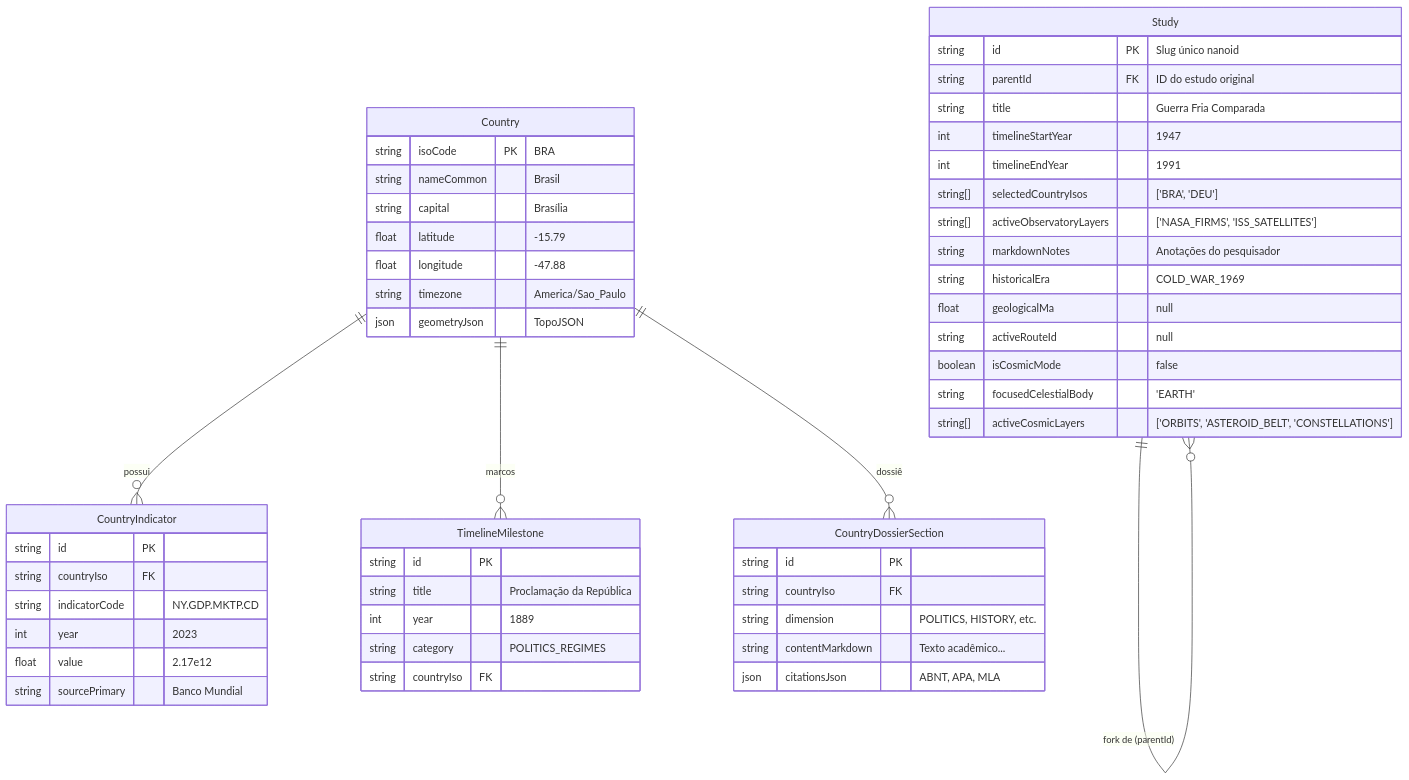
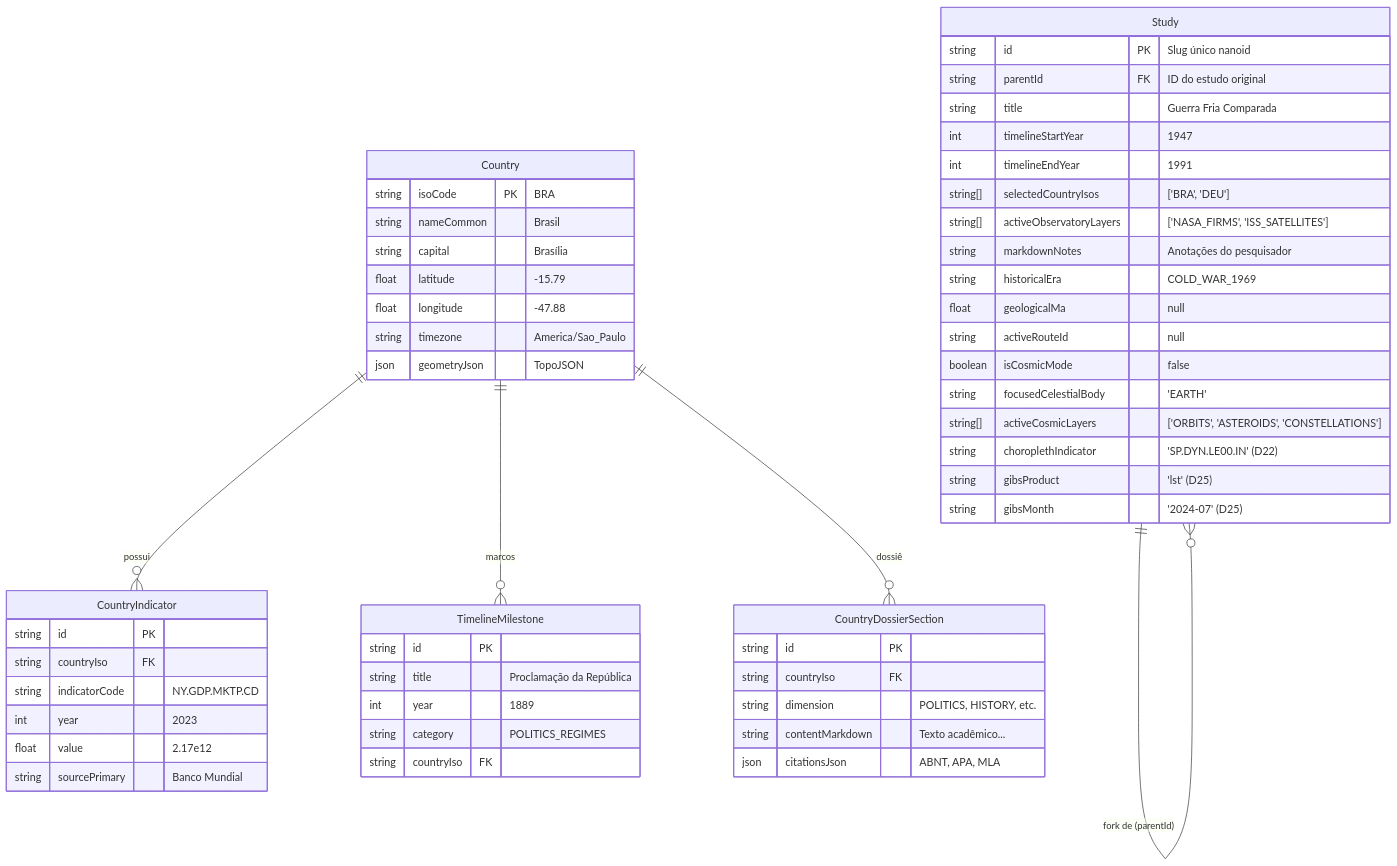
The second of 2 diagrams in docs/ARCHITECTURE.md (AyrtonLoks/telluspedia), drawn with Mermaid before and after one commit. The commit also changed other lines of this file and 5 other files, not shown here.

First line of the commit message:
docs: ROADMAP, ARCHITECTURE, DATA_SOURCES e README alinhados ao código (T37)

````diff
--- a/docs/ARCHITECTURE.md
+++ b/docs/ARCHITECTURE.md
@@ -301,59 +264,62 @@
 ```mermaid
 erDiagram
     Country ||--o{ CountryIndicator : "possui"
     Country ||--o{ TimelineMilestone : "marcos"
     Country ||--o{ CountryDossierSection : "dossiê"
     Study ||--o{ Study : "fork de (parentId)"
 
     Country {
         string isoCode PK "BRA"
         string nameCommon "Brasil"
         string capital "Brasília"
         float latitude "-15.79"
         float longitude "-47.88"
         string timezone "America/Sao_Paulo"
         json geometryJson "TopoJSON"
     }
 
     CountryIndicator {
         string id PK
         string countryIso FK
         string indicatorCode "NY.GDP.MKTP.CD"
         int year "2023"
         float value "2.17e12"
         string sourcePrimary "Banco Mundial"
     }
 
     CountryDossierSection {
         string id PK
         string countryIso FK
         string dimension "POLITICS, HISTORY, etc."
         string contentMarkdown "Texto acadêmico..."
         json citationsJson "ABNT, APA, MLA"
     }
 
     TimelineMilestone {
         string id PK
         string title "Proclamação da República"
         int year "1889"
         string category "POLITICS_REGIMES"
         string countryIso FK
     }
 
     Study {
         string id PK "Slug único nanoid"
         string parentId FK "ID do estudo original"
         string title "Guerra Fria Comparada"
         int timelineStartYear "1947"
         int timelineEndYear "1991"
         string[] selectedCountryIsos "['BRA', 'DEU']"
         string[] activeObservatoryLayers "['NASA_FIRMS', 'ISS_SATELLITES']"
         string markdownNotes "Anotações do pesquisador"
         string historicalEra "COLD_WAR_1969"
         float geologicalMa "null"
         string activeRouteId "null"
         boolean isCosmicMode "false"
         string focusedCelestialBody "'EARTH'"
-        string[] activeCosmicLayers "['ORBITS', 'ASTEROID_BELT', 'CONSTELLATIONS']"
+        string[] activeCosmicLayers "['ORBITS', 'ASTEROIDS', 'CONSTELLATIONS']"
+        string choroplethIndicator "'SP.DYN.LE00.IN' (D22)"
+        string gibsProduct "'lst' (D25)"
+        string gibsMonth "'2024-07' (D25)"
     }
 ```
````
